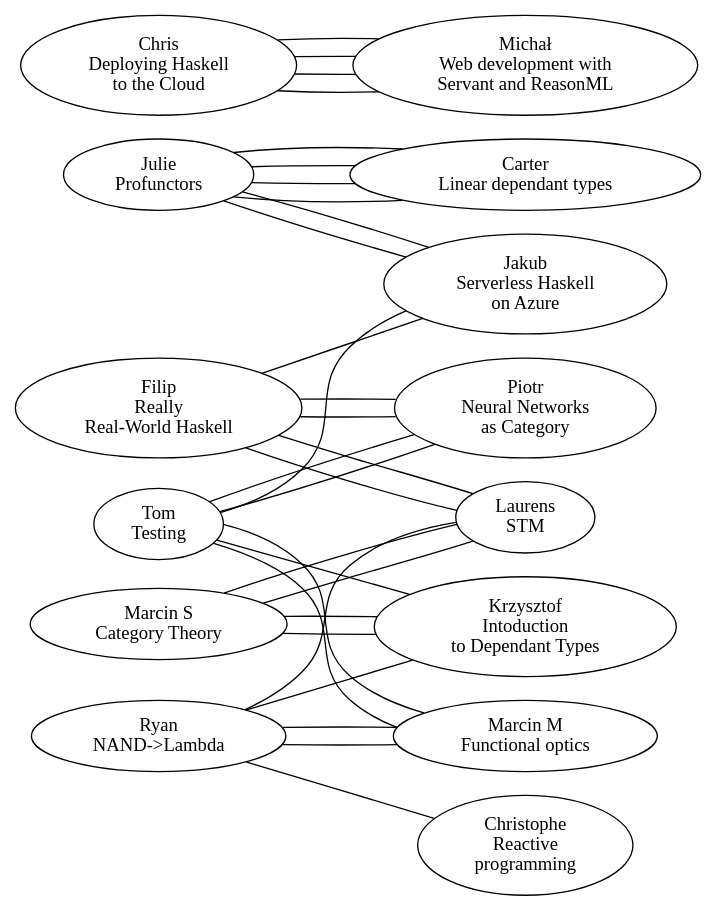
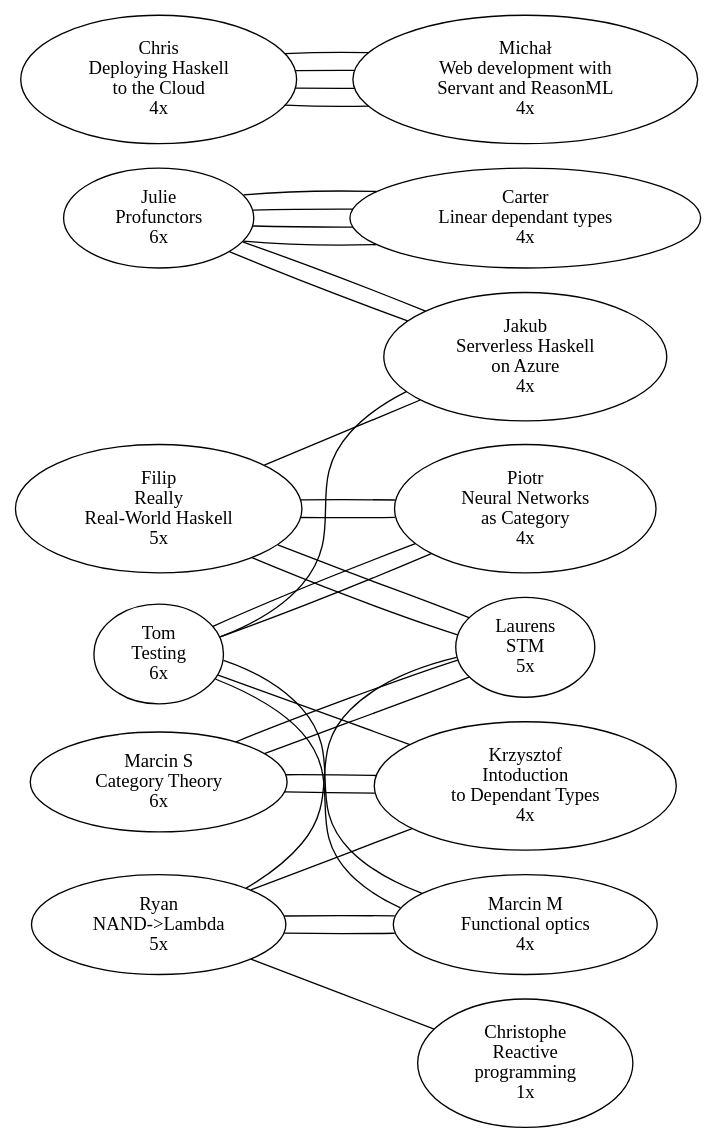
The diagram in schedule-clashes.gv (leonschoorl/monadic-party), drawn with Graphviz before and after one commit. The commit also changed 1 other file, not shown here.

```diff
--- a/schedule-clashes.gv
+++ b/schedule-clashes.gv
@@ -1,61 +1,61 @@
 graph scheduleClashes {
 	// Monday
 	Julie   -- Carter;
 	Julie   -- Carter;
 	MarcinS -- Laurens;
 	MarcinS -- Laurens;
 	Ryan    -- Laurens;
 	Ryan    -- Christophe;
 
 	// Tuesday
 	MarcinS -- Krzysztof;
 	MarcinS -- Krzysztof;
 	Ryan    -- MarcinM;
 	Ryan    -- MarcinM;
 	Julie   -- Carter;
 	Julie   -- Carter;
 
 	// Wednesday
 	Filip   -- Laurens;
 	Filip   -- Laurens;
 	Filip   -- Jakub;
 	Tom     -- Jakub;
 	Tom     -- Krzysztof;
 	Ryan    -- Krzysztof;
 
 	// Thursday
 	Tom     -- Piotr;
 	Tom     -- Piotr;
 	Julie   -- Jakub;
 	Julie   -- Jakub;
 	Chris   -- Michał;
 	Chris   -- Michał;
 
 	// Friday
 	Tom     -- MarcinM;
 	Tom     -- MarcinM;
 	Chris   -- Michał;
 	Chris   -- Michał;
 	Filip   -- Piotr;
 	Filip   -- Piotr;
 
 	// beginners track
-	Julie[label="Julie\nProfunctors"];
-	MarcinS[label="Marcin S\nCategory Theory"];
-	Ryan[label="Ryan\nNAND->Lambda"];
-	Filip[label="Filip\nReally\nReal-World Haskell"];
-	Tom[label="Tom\nTesting"];
-	Chris[label="Chris\nDeploying Haskell\nto the Cloud"];
+	Julie[label="Julie\nProfunctors\n6x"];
+	MarcinS[label="Marcin S\nCategory Theory\n6x"];
+	Ryan[label="Ryan\nNAND->Lambda\n5x"];
+	Filip[label="Filip\nReally\nReal-World Haskell\n5x"];
+	Tom[label="Tom\nTesting\n6x"];
+	Chris[label="Chris\nDeploying Haskell\nto the Cloud\n4x"];
 
 	// advanced track
-	Carter[label="Carter\nLinear dependant types"];
-	Laurens[label="Laurens\nSTM"];
-	Christophe[label="Christophe\nReactive\nprogramming"];
-	Krzysztof[label="Krzysztof\nIntoduction\nto Dependant Types"];
-	MarcinM[label="Marcin M\nFunctional optics"];
-	Jakub[label="Jakub\nServerless Haskell\non Azure"];
-	Piotr[label="Piotr\nNeural Networks\nas Category"];
-	Michał[label="Michał\nWeb development with\nServant and ReasonML"];
+	Carter[label="Carter\nLinear dependant types\n4x"];
+	Laurens[label="Laurens\nSTM\n5x"];
+	Christophe[label="Christophe\nReactive\nprogramming\n1x"];
+	Krzysztof[label="Krzysztof\nIntoduction\nto Dependant Types\n4x"];
+	MarcinM[label="Marcin M\nFunctional optics\n4x"];
+	Jakub[label="Jakub\nServerless Haskell\non Azure\n4x"];
+	Piotr[label="Piotr\nNeural Networks\nas Category\n4x"];
+	Michał[label="Michał\nWeb development with\nServant and ReasonML\n4x"];
 
 	rankdir="LR";
 }
```
